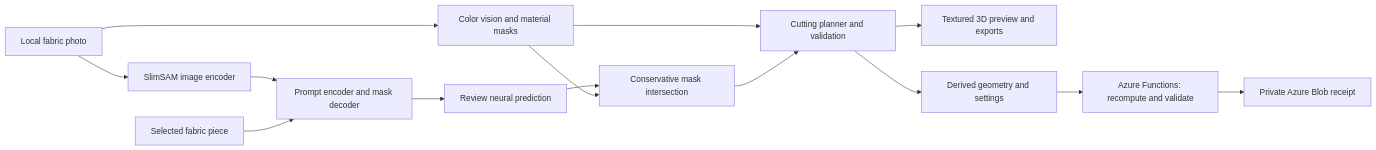
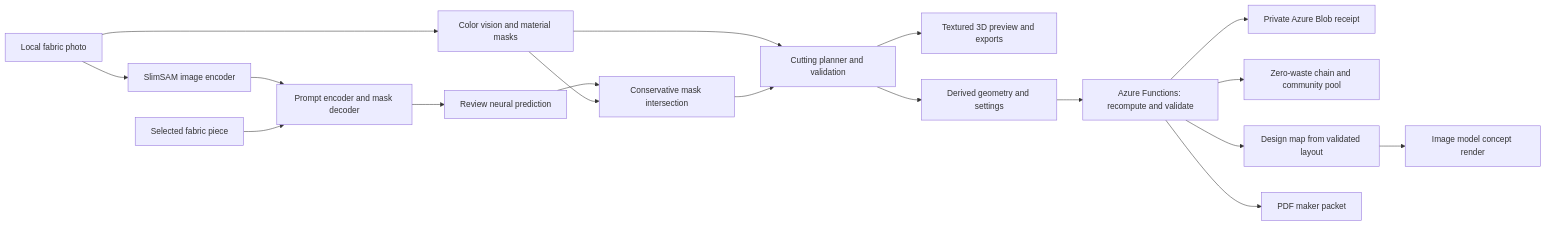
Before and after one commit to Siddhanthkjain2005/Banana_Hacks: the diagram in README.md, drawn with Mermaid. The commit also changed other lines of this file and 31 other files, not shown here.

First line of the commit message:
Backend v1.2: concept renders, zero-waste chains, community pools, maker packets, share links

````diff
--- a/README.md
+++ b/README.md
@@ -40,16 +46,20 @@
 ```mermaid
 flowchart LR
   P[Local fabric photo] --> C[Color vision and material masks]
   P --> E[SlimSAM image encoder]
   E --> D[Prompt encoder and mask decoder]
   S[Selected fabric piece] --> D
   D --> R[Review neural prediction]
   R --> I[Conservative mask intersection]
   C --> I
   C --> N[Cutting planner and validation]
   I --> N
   N --> V[Textured 3D preview and exports]
   N --> A[Derived geometry and settings]
   A --> F[Azure Functions: recompute and validate]
   F --> B[Private Azure Blob receipt]
+  F --> Z[Zero-waste chain and community pool]
+  F --> M[Design map from validated layout]
+  M --> G[Image model concept render]
+  F --> K[PDF maker packet]
 ```
````
